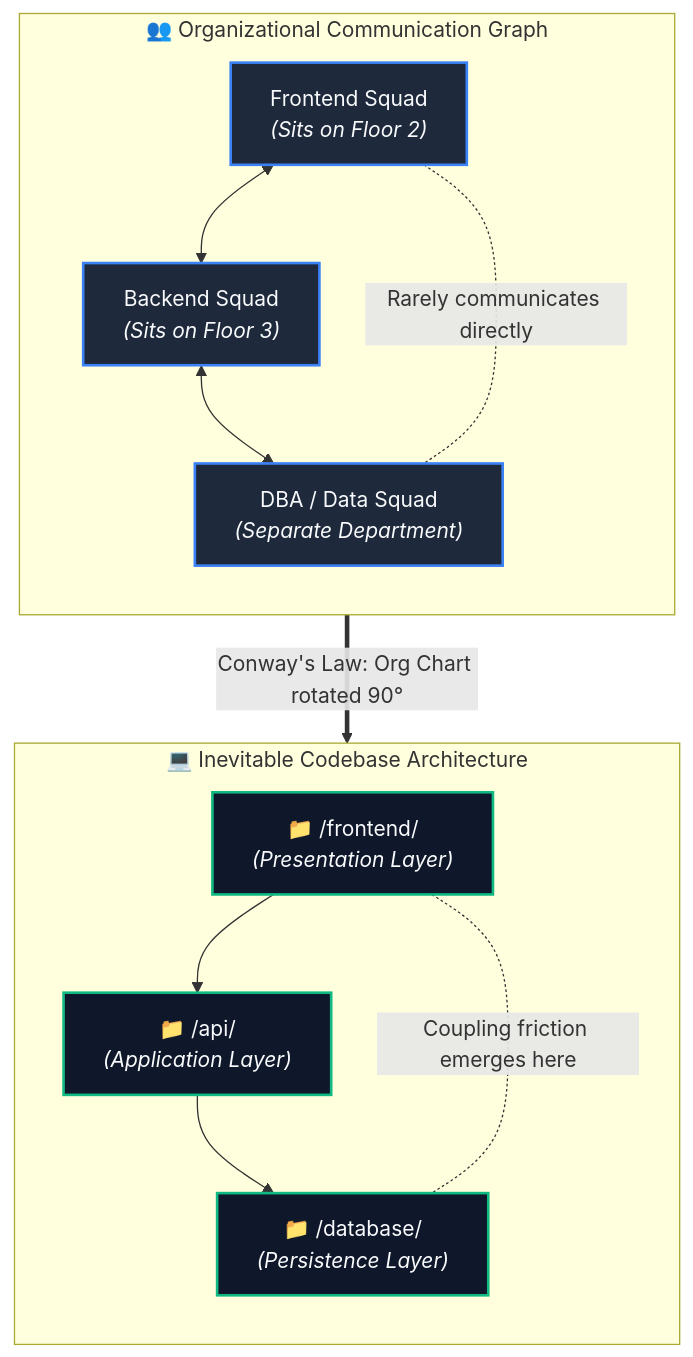
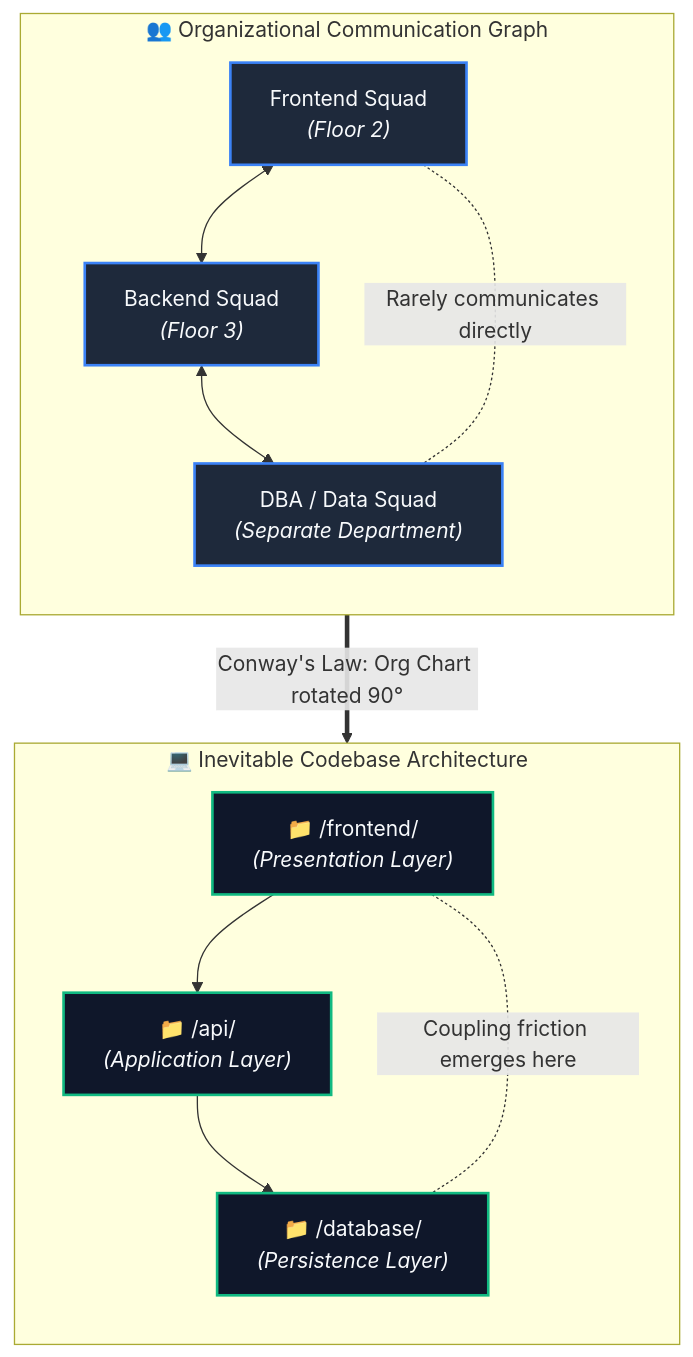
One commit to Dustu103/system-design changed the third of 9 diagrams in 01-filestructure/articles/01-your-folder-structure-is-a-message.md. Above: the diagram before and after it, drawn with Mermaid. The commit also changed other lines of this file, not shown here.

Commit message:
style: streamline Article 1 into diagram-first format with 8 visual architectures

````diff
--- a/01-filestructure/articles/01-your-folder-structure-is-a-message.md
+++ b/01-filestructure/articles/01-your-folder-structure-is-a-message.md
@@ -83,23 +92,23 @@
 ```mermaid
 flowchart TD
     subgraph ORG["👥 Organizational Communication Graph"]
         direction TB
-        F["Frontend Squad<br/><i>(Sits on Floor 2)</i>"] <--> B["Backend Squad<br/><i>(Sits on Floor 3)</i>"]
+        F["Frontend Squad<br/><i>(Floor 2)</i>"] <--> B["Backend Squad<br/><i>(Floor 3)</i>"]
         B <--> D["DBA / Data Squad<br/><i>(Separate Department)</i>"]
         F -. "Rarely communicates directly" .- D
     end
 
     subgraph CODE["💻 Inevitable Codebase Architecture"]
         direction TB
         UI["📁 /frontend/<br/><i>(Presentation Layer)</i>"] --> API["📁 /api/<br/><i>(Application Layer)</i>"]
         API --> DB["📁 /database/<br/><i>(Persistence Layer)</i>"]
         UI -. "Coupling friction emerges here" .- DB
     end
 
     ORG ==>|"Conway's Law: Org Chart rotated 90°"| CODE
 
     classDef orgClass fill:#1e293b,stroke:#3b82f6,stroke-width:2px,color:#f8fafc;
     classDef codeClass fill:#0f172a,stroke:#10b981,stroke-width:2px,color:#f8fafc;
     class F,B,D orgClass;
     class UI,API,DB codeClass;
 ```
````
